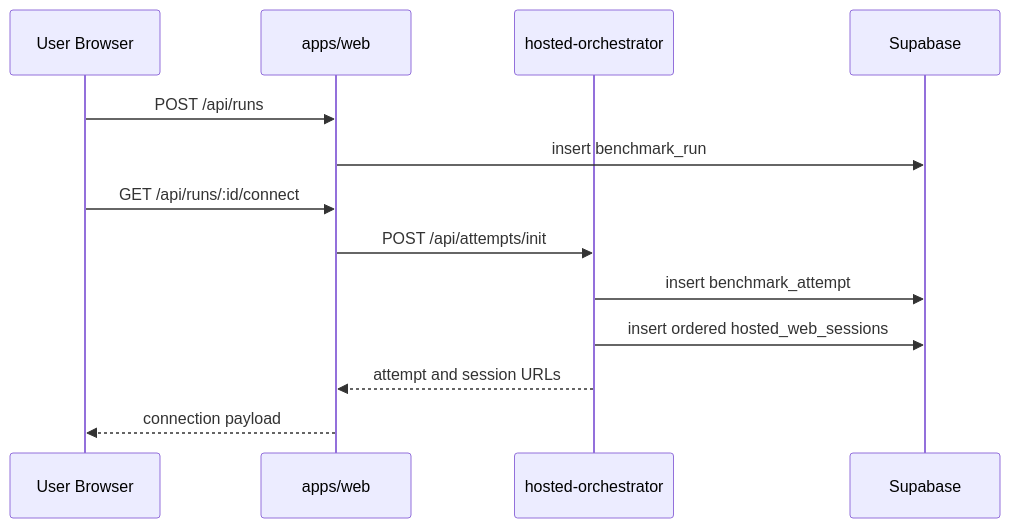
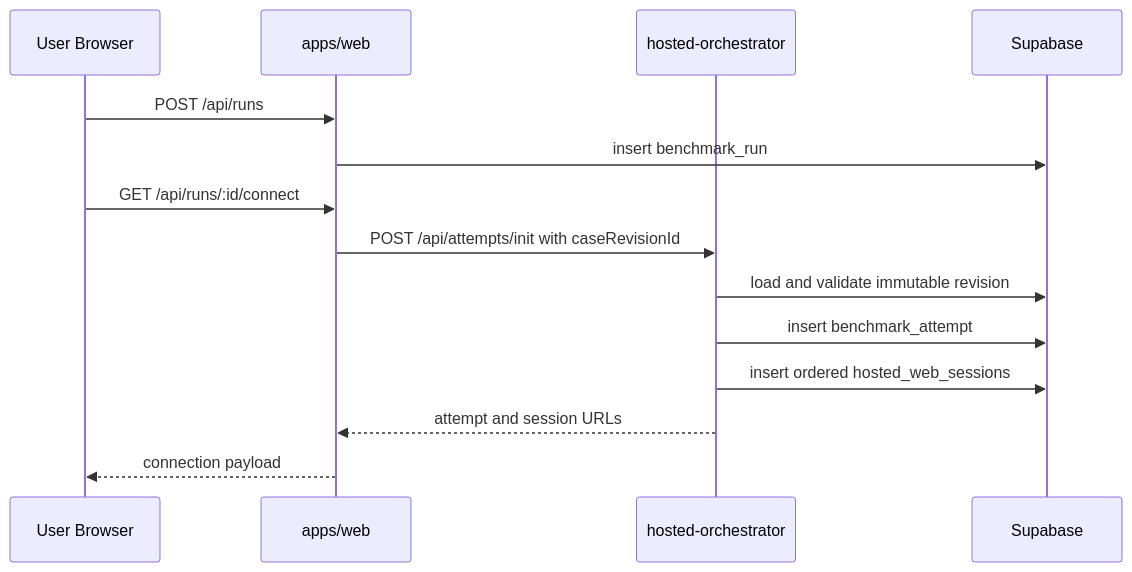
One commit to Kaiwen0418/agent-benchmark changed the first of 3 diagrams in docs/data-flow.md. Above: the diagram before and after it, drawn with Mermaid. The commit also changed other lines of this file and 27 other files, not shown here.

Commit message:
feat(benchmark): publish immutable case revisions (#65)

````diff
--- a/docs/data-flow.md
+++ b/docs/data-flow.md
@@ -5,16 +5,17 @@
 ```mermaid
 sequenceDiagram
   participant U as User Browser
   participant W as apps/web
   participant O as hosted-orchestrator
   participant D as Supabase
 
   U->>W: POST /api/runs
   W->>D: insert benchmark_run
   U->>W: GET /api/runs/:id/connect
-  W->>O: POST /api/attempts/init
+  W->>O: POST /api/attempts/init with caseRevisionId
+  O->>D: load and validate immutable revision
   O->>D: insert benchmark_attempt
   O->>D: insert ordered hosted_web_sessions
   O-->>W: attempt and session URLs
   W-->>U: connection payload
 ```
````
